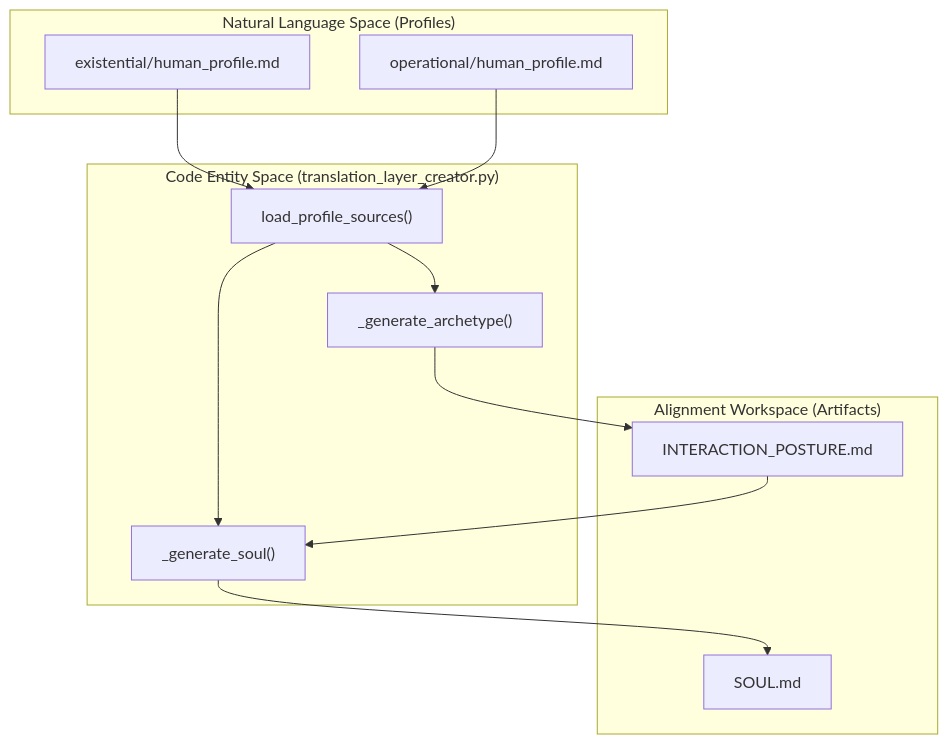
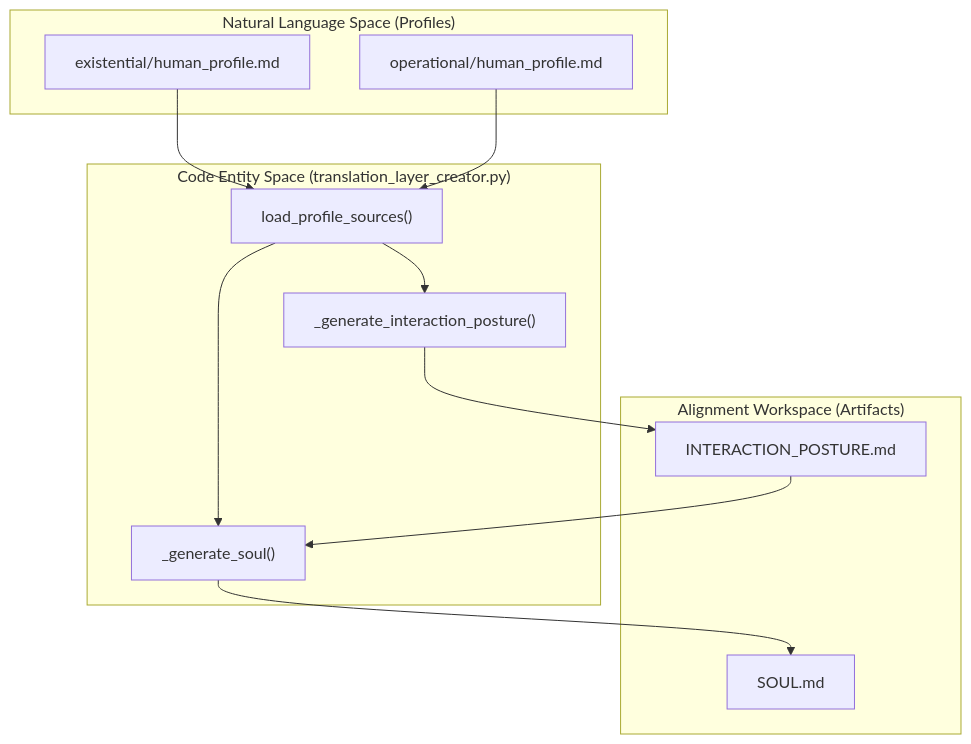
The first of 2 diagrams in docs/Alignment-Artifacts-SOUL,-Archetype,-and-Alignment-Spec.md (Cody-W-Tucker/Cognitive-Assistant), drawn with Mermaid before and after one commit. The commit also changed other lines of this file and 52 other files, not shown here.

````diff
--- a/docs/Alignment-Artifacts-SOUL,-Archetype,-and-Alignment-Spec.md
+++ b/docs/Alignment-Artifacts-SOUL,-Archetype,-and-Alignment-Spec.md
@@ -45,23 +44,23 @@
 ```mermaid
 flowchart TD
     subgraph subGraph2 ["Alignment Workspace (Artifacts)"]
         AT["INTERACTION_POSTURE.md"]
         SL["SOUL.md"]
     end
     subgraph subGraph1 ["Code Entity Space (translation_layer_creator.py)"]
         LC["load_profile_sources()"]
-        GA["_generate_archetype()"]
+        GA["_generate_interaction_posture()"]
         GS["_generate_soul()"]
     end
     subgraph subGraph0 ["Natural Language Space (Profiles)"]
         EP["existential/human_profile.md"]
         OP["operational/human_profile.md"]
     end
     EP --> LC
     OP --> LC
     LC --> GA
     GA --> AT
     AT --> GS
     LC --> GS
     GS --> SL
 ```
````
